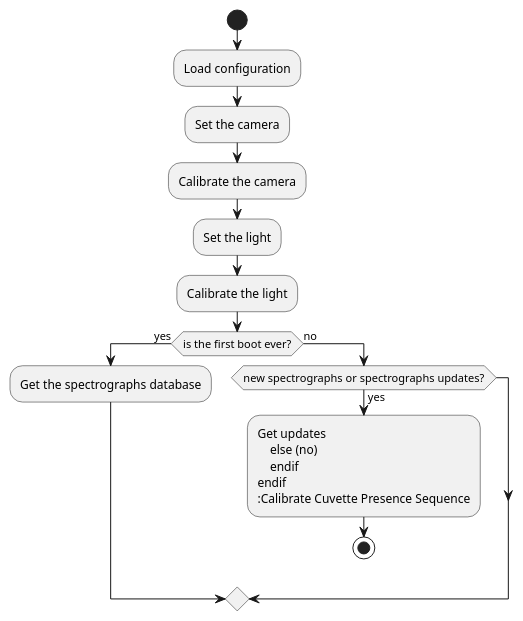
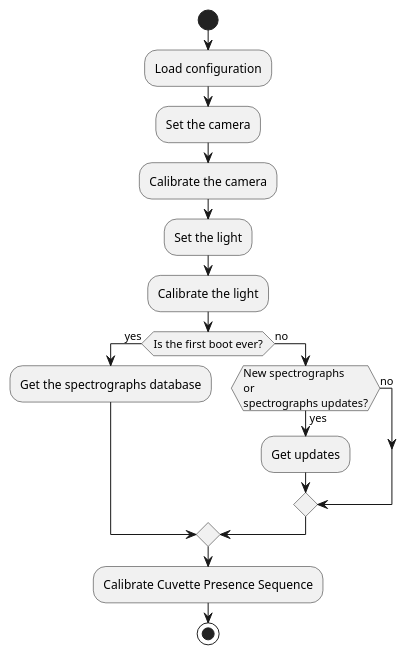
The diagram in diagrams/boot.plantuml (rantonet/raspiscope-python), drawn with PlantUML before and after one commit. The commit also changed 3 other files, not shown here.

```diff
--- a/diagrams/boot.plantuml
+++ b/diagrams/boot.plantuml
@@ -1,18 +1,18 @@
 @startuml Boot activity
 start
 :Load configuration;
 :Set the camera;
 :Calibrate the camera;
 :Set the light;
 :Calibrate the light;
-if (is the first boot ever?) then (yes)
+if (Is the first boot ever?) then (yes)
     :Get the spectrographs database;
 else (no)
-    if (new spectrographs or spectrographs updates?) then (yes)
-        :Get updates
+    if (New spectrographs\nor\nspectrographs updates?) then (yes)
+        :Get updates;
     else (no)
     endif
 endif
 :Calibrate Cuvette Presence Sequence;
 stop
 @enduml
```
